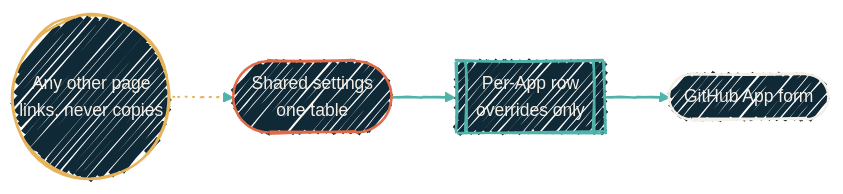
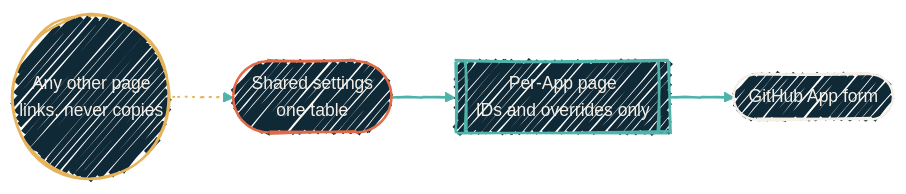
One commit to dryvist/docs changed the diagram in github/apps.mdx. Above: the diagram before and after it, drawn with Mermaid. The commit also changed other lines of this file and 8 other files, not shown here.

````diff
--- a/github/apps.mdx
+++ b/github/apps.mdx
@@ -14,25 +13,25 @@
 ```mermaid
 %%{init: {'theme':'base','look':'handDrawn','themeVariables':{'fontFamily':'Geist','fontSize':'14px','primaryColor':'#102937','primaryTextColor':'#F4EFE6','primaryBorderColor':'#4FB3A9','lineColor':'#4FB3A9','secondaryColor':'#0B1D2A','tertiaryColor':'#1A2A38','clusterBkg':'rgba(79,179,169,0.08)','clusterBorder':'#4FB3A9'}}}%%
 %% Shape: linear chain with a side reference. Boundary crossings: 0 (no subgraphs). Ranks: 3x1 plus one leaf.
 %% Aspect: ~3:1 (LR). Pass.
 flowchart LR
   shared(["Shared settings<br/>one table"])
-  row[["Per-App row<br/>overrides only"]]
+  row[["Per-App page<br/>IDs and overrides only"]]
   form(["GitHub App form"])
   other(("Any other page<br/>links, never copies"))
 
   shared --> row --> form
   other -.-> shared
 
   classDef src  fill:#102937,stroke:#E06B4A,stroke-width:2px,color:#F4EFE6;
   classDef hop  fill:#102937,stroke:#4FB3A9,stroke-width:2px,color:#F4EFE6;
   classDef sink fill:#102937,stroke:#F4EFE6,stroke-width:2px,color:#F4EFE6;
   classDef external fill:#102937,stroke:#E6B35A,stroke-width:2px,color:#F4EFE6;
   class shared src
   class row hop
   class form sink
   class other external
 
   linkStyle 0,1 stroke:#4FB3A9,stroke-width:2px;
   linkStyle 2 stroke:#E6B35A,stroke-width:1.5px,stroke-dasharray:2 4;
 ```
````
